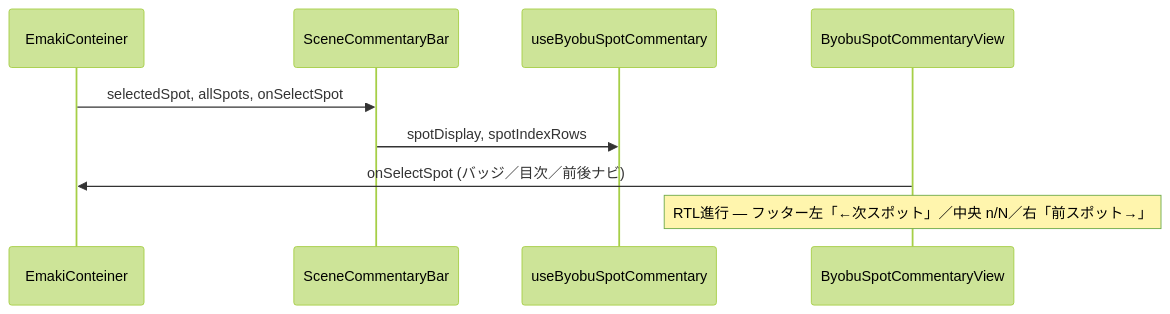
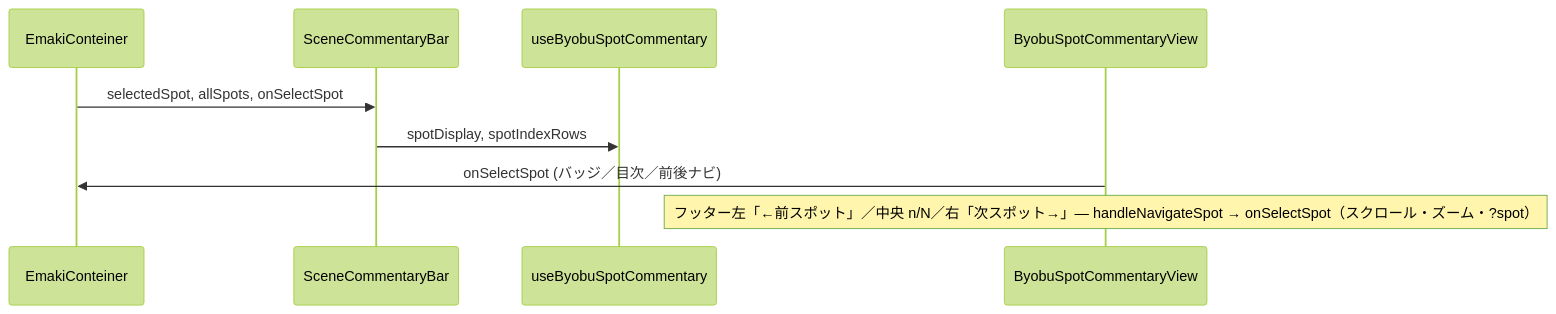
The third of 3 diagrams in src/components/emaki/commentary/SPEC.md (satoshi-create/emakimono-next), drawn with Mermaid (forest theme) before and after one commit. The commit also changed other lines of this file and 10 other files, not shown here.

````diff
--- a/src/components/emaki/commentary/SPEC.md
+++ b/src/components/emaki/commentary/SPEC.md
@@ -54,12 +54,12 @@
 ```mermaid
 sequenceDiagram
   participant EC as EmakiConteiner
   participant SCB as SceneCommentaryBar
   participant Byobu as useByobuSpotCommentary
   participant View as ByobuSpotCommentaryView
 
   EC->>SCB: selectedSpot, allSpots, onSelectSpot
   SCB->>Byobu: spotDisplay, spotIndexRows
   View->>EC: onSelectSpot (バッジ／目次／前後ナビ)
-  Note over View: RTL進行 — フッター左「←次スポット」／中央 n/N／右「前スポット→」
+  Note over View: フッター左「←前スポット」／中央 n/N／右「次スポット→」— handleNavigateSpot → onSelectSpot（スクロール・ズーム・?spot）
 ```
````
